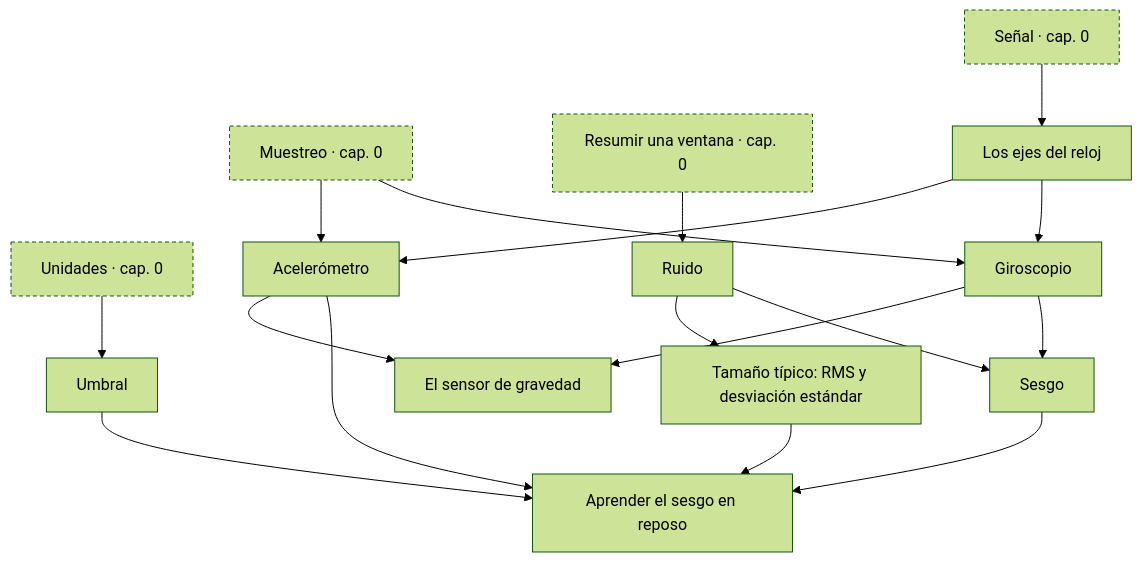
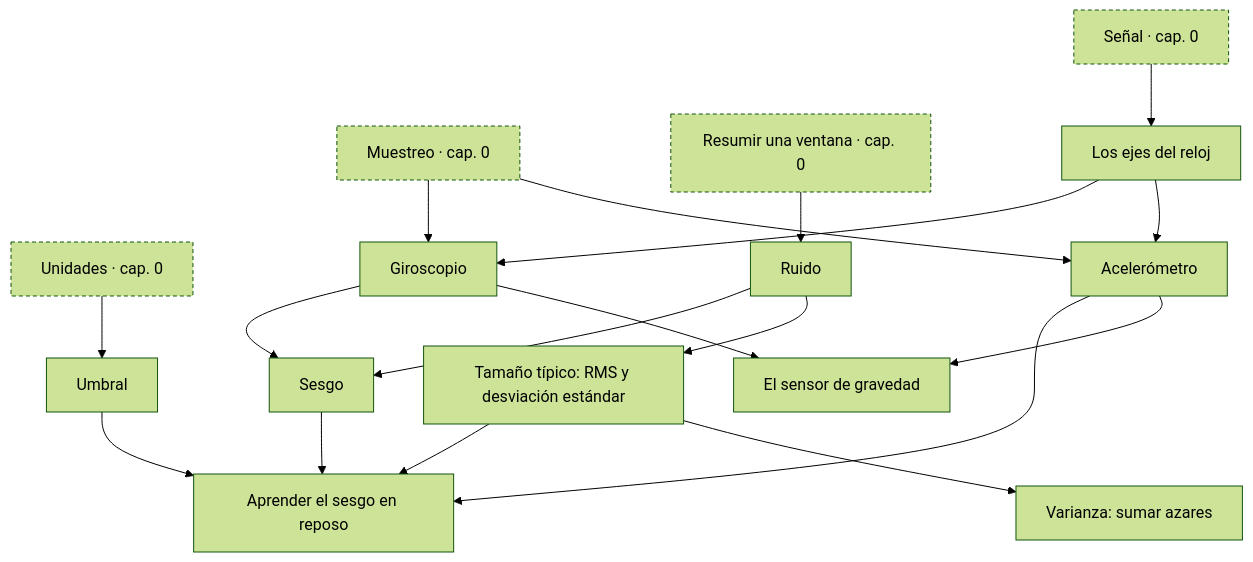
One commit to javiersoliso/gearstream changed the third of 15 diagrams in docs/curso/mapa.md. Above: the diagram before and after it, drawn with Mermaid (forest theme). The commit also changed other lines of this file and 3 other files, not shown here.

````diff
--- a/docs/curso/mapa.md
+++ b/docs/curso/mapa.md
@@ -88,33 +88,35 @@
 ```mermaid
 flowchart TD
   classDef fuera stroke-dasharray: 4 3
   k_senal["Señal · cap. 0"]:::fuera
   k_unidades["Unidades · cap. 0"]:::fuera
   k_muestreo["Muestreo · cap. 0"]:::fuera
   k_resumir_ventana["Resumir una ventana · cap. 0"]:::fuera
   k_ejes_del_reloj["Los ejes del reloj"]
   k_acelerometro["Acelerómetro"]
   k_giroscopio["Giroscopio"]
   k_sensor_gravedad["El sensor de gravedad"]
   k_ruido["Ruido"]
   k_tamano_tipico["Tamaño típico: RMS y desviación estándar"]
+  k_varianza["Varianza: sumar azares"]
   k_sesgo["Sesgo"]
   k_umbral["Umbral"]
   k_aprender_sesgo["Aprender el sesgo en reposo"]
   k_senal --> k_ejes_del_reloj
   k_ejes_del_reloj --> k_acelerometro
   k_muestreo --> k_acelerometro
   k_ejes_del_reloj --> k_giroscopio
   k_muestreo --> k_giroscopio
   k_acelerometro --> k_sensor_gravedad
   k_giroscopio --> k_sensor_gravedad
   k_resumir_ventana --> k_ruido
   k_ruido --> k_tamano_tipico
+  k_tamano_tipico --> k_varianza
   k_giroscopio --> k_sesgo
   k_ruido --> k_sesgo
   k_unidades --> k_umbral
   k_sesgo --> k_aprender_sesgo
   k_umbral --> k_aprender_sesgo
   k_tamano_tipico --> k_aprender_sesgo
   k_acelerometro --> k_aprender_sesgo
 ```
````
